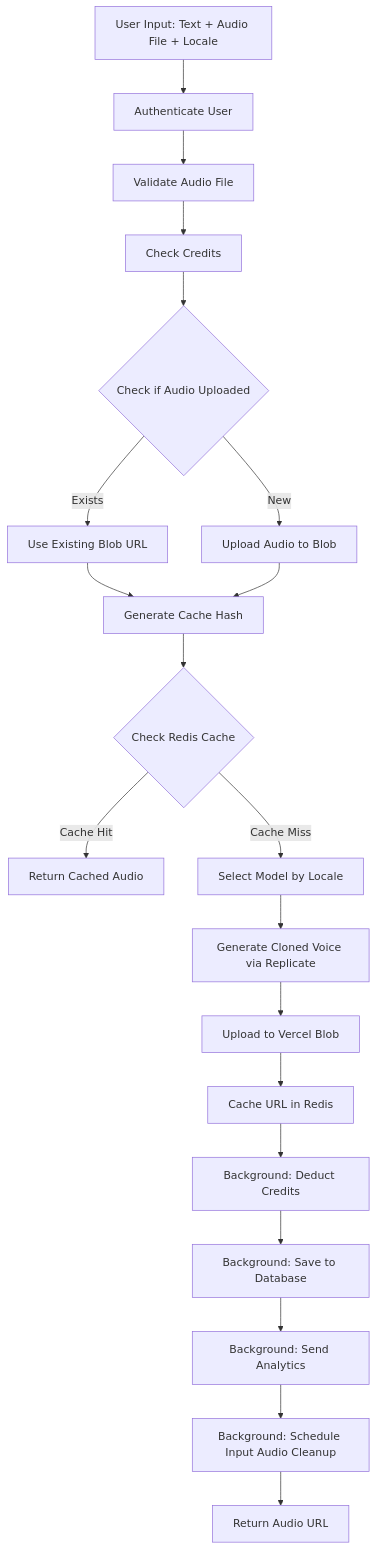
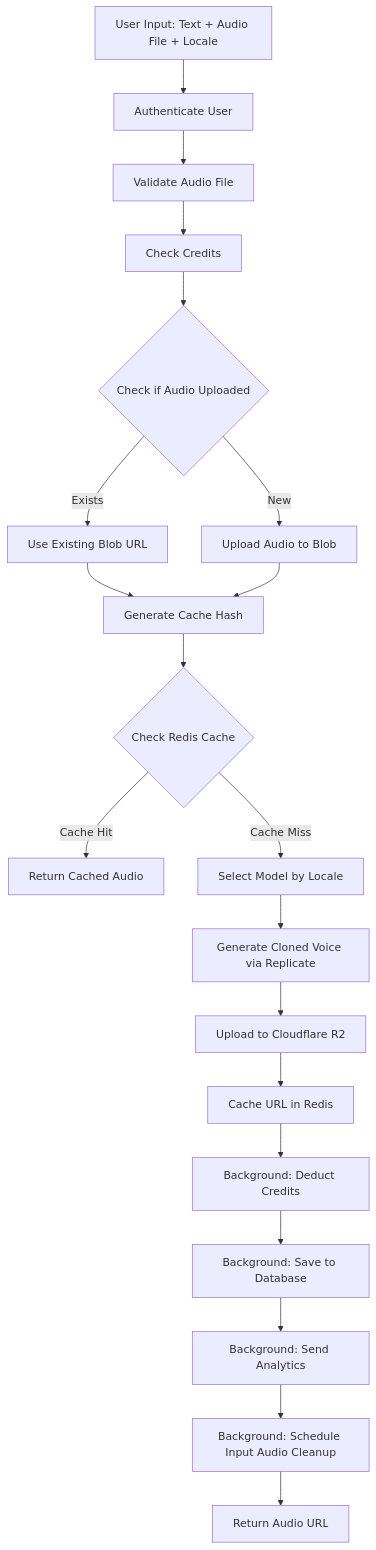
One commit to gianpaj/sexyvoice changed the second of 2 diagrams in ARCHITECTURE.md. Above: the diagram before and after it, drawn with Mermaid. The commit also changed other lines of this file and 46 other files, not shown here.

````diff
--- a/ARCHITECTURE.md
+++ b/ARCHITECTURE.md
@@ -69,22 +69,22 @@
 ```mermaid
 flowchart TD
     A[User Input: Text + Audio File + Locale] --> B[Authenticate User]
     B --> C[Validate Audio File]
     C --> D[Check Credits]
     D --> E{Check if Audio Uploaded}
     E -->|Exists| F[Use Existing Blob URL]
     E -->|New| G[Upload Audio to Blob]
     F --> H[Generate Cache Hash]
     G --> H
     H --> I{Check Redis Cache}
     I -->|Cache Hit| J[Return Cached Audio]
     I -->|Cache Miss| K[Select Model by Locale]
     K --> L[Generate Cloned Voice via Replicate]
-    L --> M[Upload to Vercel Blob]
+    L --> M[Upload to Cloudflare R2]
     M --> N[Cache URL in Redis]
     N --> O[Background: Deduct Credits]
     O --> P[Background: Save to Database]
     P --> Q[Background: Send Analytics]
     Q --> R[Background: Schedule Input Audio Cleanup]
     R --> S[Return Audio URL]
 ```
````
